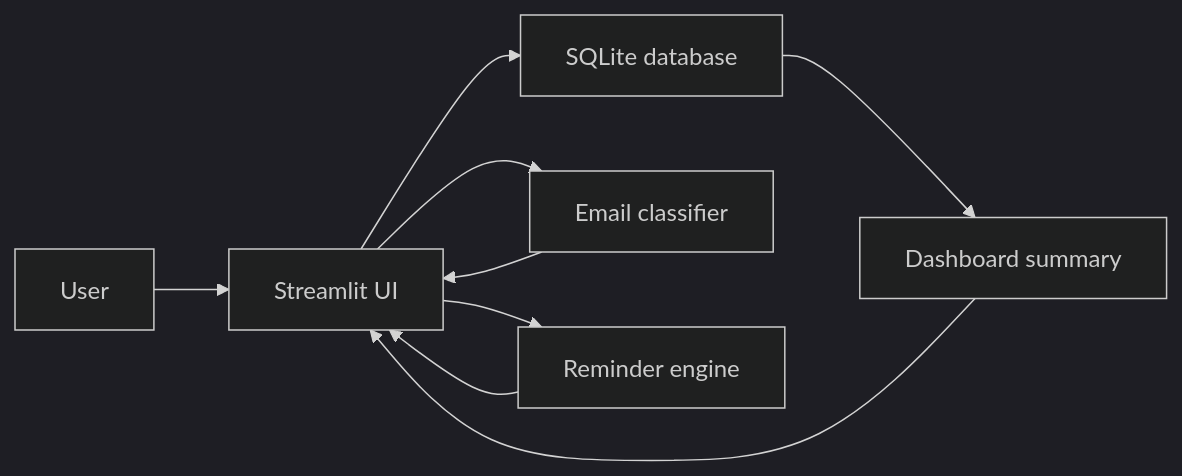
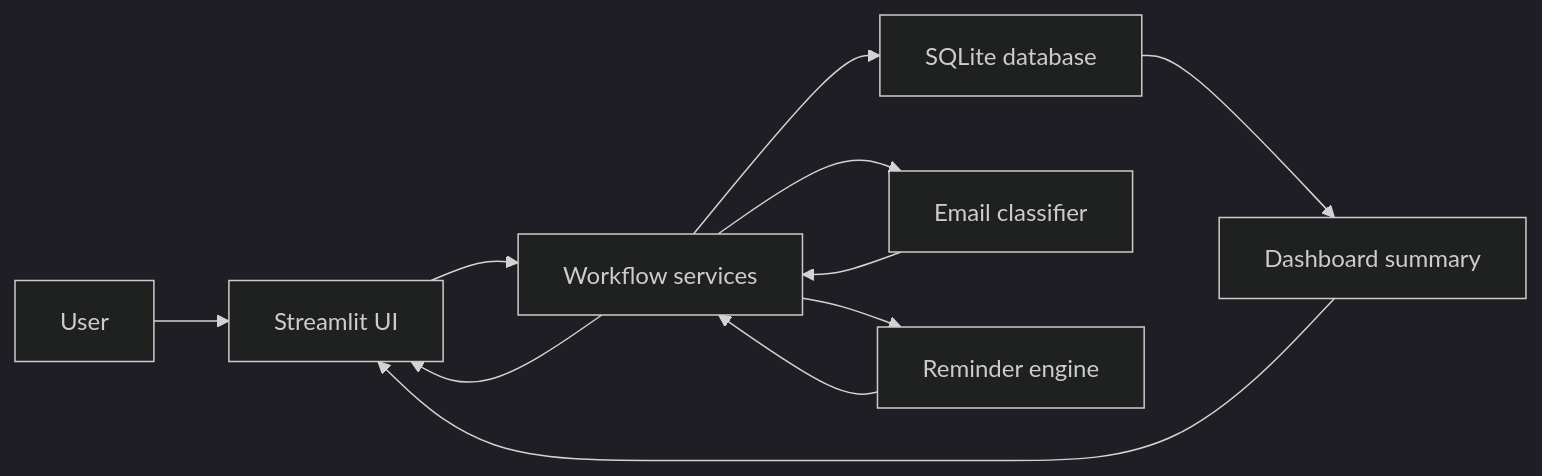
One commit to zqybw98/careerops-tracker changed the diagram in docs/architecture.md. Above: the diagram before and after it, drawn with Mermaid (dark theme). The commit also changed other lines of this file and 6 other files, not shown here.

Commit message:
Extract email workflow service layer

````diff
--- a/docs/architecture.md
+++ b/docs/architecture.md
@@ -18,11 +18,13 @@
 ```mermaid
 flowchart LR
     User["User"] --> UI["Streamlit UI"]
-    UI --> DB["SQLite database"]
-    UI --> Classifier["Email classifier"]
-    UI --> Reminders["Reminder engine"]
+    UI --> Services["Workflow services"]
+    Services --> DB["SQLite database"]
+    Services --> Classifier["Email classifier"]
+    Services --> Reminders["Reminder engine"]
     DB --> Dashboard["Dashboard summary"]
-    Classifier --> UI
-    Reminders --> UI
+    Classifier --> Services
+    Reminders --> Services
+    Services --> UI
     Dashboard --> UI
 ```
````
